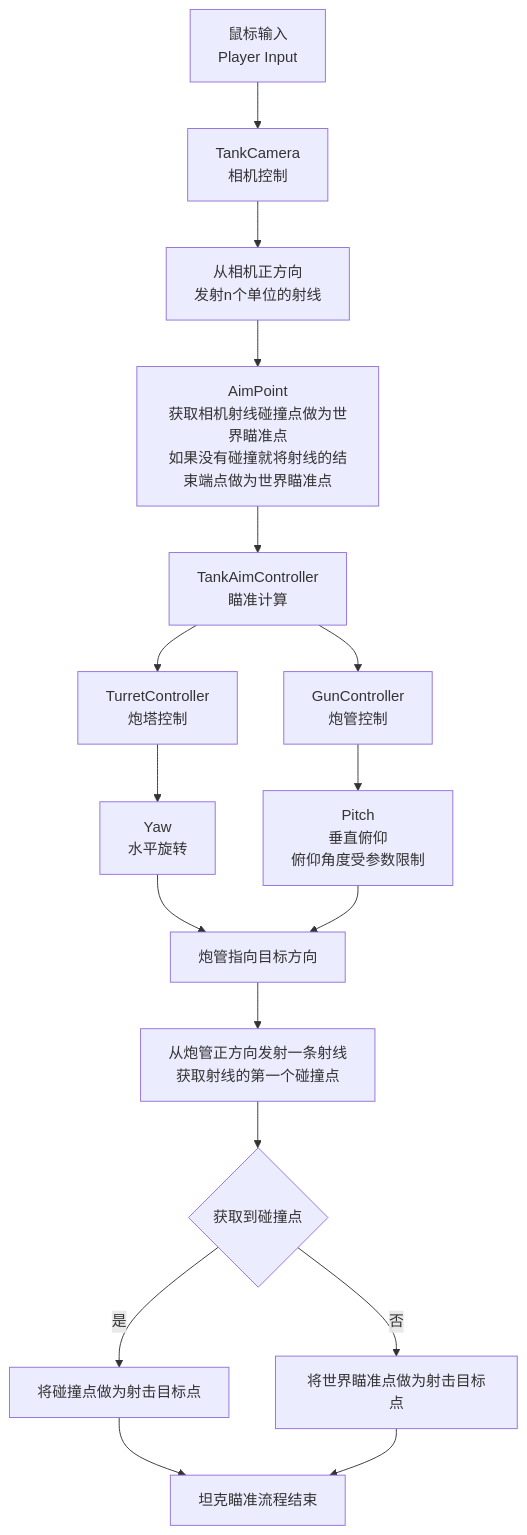
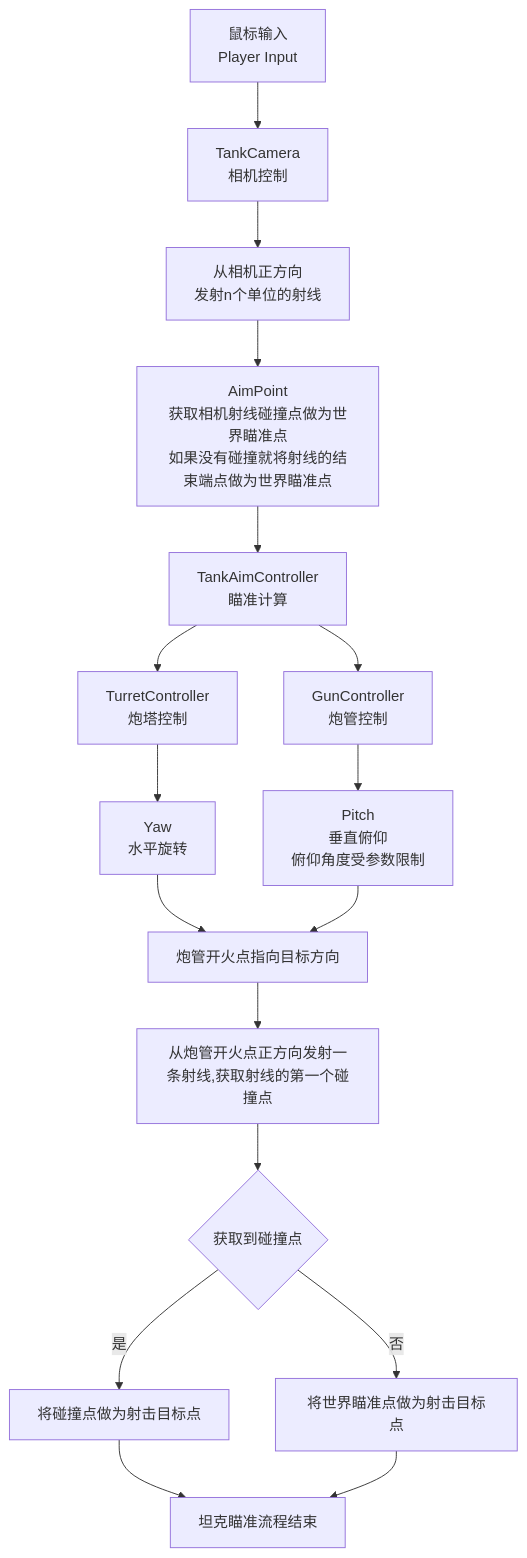
The diagram in DemoDesign/GameCore/游戏机制(GameMechanics).md (Coder8956/u-mini), drawn with Mermaid before and after one commit. The commit also changed 2 other files, not shown here.

Commit message:
[modify] optimize aim flow scripts.

````diff
--- a/DemoDesign/GameCore/游戏机制(GameMechanics).md
+++ b/DemoDesign/GameCore/游戏机制(GameMechanics).md
@@ -17,30 +17,30 @@
 ```mermaid
     flowchart
     A[鼠标输入<br/>Player Input] --> B
 
     B[TankCamera<br/>相机控制] --> 
     B1[从相机正方向<br/>发射n个单位的射线] --> C
 
     C[AimPoint<br/>获取相机射线碰撞点做为世界瞄准点<br/>如果没有碰撞就将射线的结束端点做为世界瞄准点] --> D
 
     D[TankAimController<br/>瞄准计算] --> E
     D --> F[GunController<br/>炮管控制]
 
     E[TurretController<br/>炮塔控制] --> G
 
     F --> H
 
     G[Yaw<br/>水平旋转] --> I
 
     H[Pitch<br/>垂直俯仰<br/>俯仰角度受参数限制] --> I
 
-    I[炮管指向目标方向] --> I1
-    I1[从炮管正方向发射一条射线<br/>获取射线的第一个碰撞点] --> I2
+    I[炮管开火点指向目标方向] --> I1
+    I1[从炮管开火点正方向发射一条射线,获取射线的第一个碰撞点] --> I2
     I2{获取到碰撞点}
     I2  -->  |是|I3
     I2  -->  |否|I4
     I3[将碰撞点做为射击目标点] --> J
     I4[将世界瞄准点做为射击目标点] --> J 
 
     J[坦克瞄准流程结束]
 ```
````
